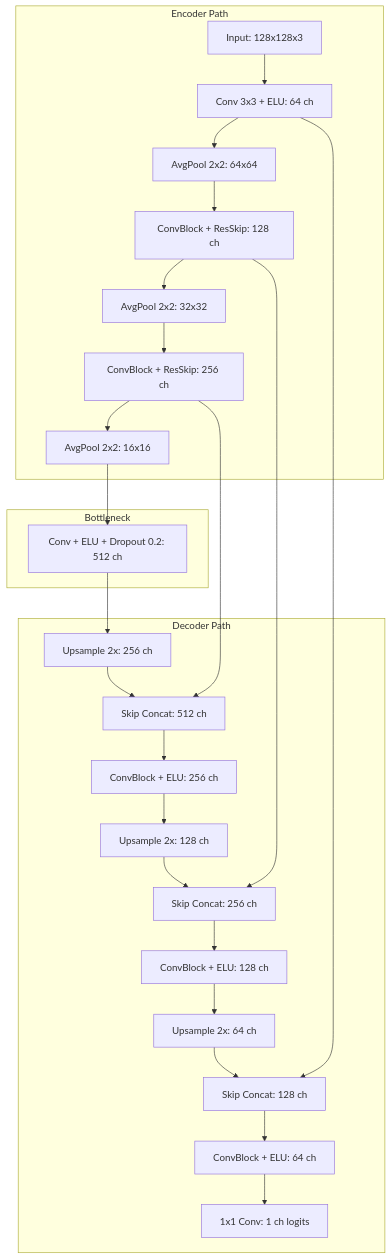
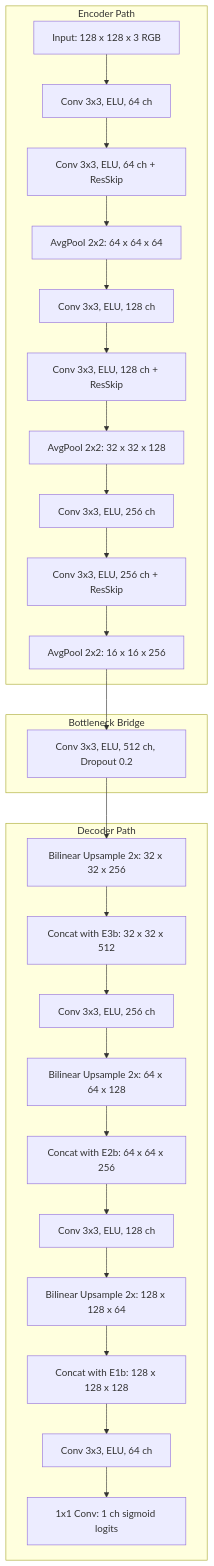
The second of 7 diagrams in elsevier/manuscript.md (Runtime-Slayers/RhizoWhisperer), drawn with Mermaid before and after one commit. The commit also changed other lines of this file and 7 other files, not shown here.

````diff
--- a/elsevier/manuscript.md
+++ b/elsevier/manuscript.md
@@ -102,26 +187,31 @@
 ```mermaid
 flowchart TD
-    subgraph Encoder ["Encoder Path"]
-        I["Input: 128x128x3"] --> E1["Conv 3x3 + ELU: 64 ch"]
-        E1 --> P1["AvgPool 2x2: 64x64"]
-        P1 --> E2["ConvBlock + ResSkip: 128 ch"]
-        E2 --> P2["AvgPool 2x2: 32x32"]
-        P2 --> E3["ConvBlock + ResSkip: 256 ch"]
-        E3 --> P3["AvgPool 2x2: 16x16"]
+    subgraph ENC ["Encoder Path"]
+        I["Input: 128 x 128 x 3 RGB"] --> E1["Conv 3x3, ELU, 64 ch"]
+        E1 --> E1b["Conv 3x3, ELU, 64 ch + ResSkip"]
+        E1b --> P1["AvgPool 2x2: 64 x 64 x 64"]
+        P1 --> E2["Conv 3x3, ELU, 128 ch"]
+        E2 --> E2b["Conv 3x3, ELU, 128 ch + ResSkip"]
+        E2b --> P2["AvgPool 2x2: 32 x 32 x 128"]
+        P2 --> E3["Conv 3x3, ELU, 256 ch"]
+        E3 --> E3b["Conv 3x3, ELU, 256 ch + ResSkip"]
+        E3b --> P3["AvgPool 2x2: 16 x 16 x 256"]
     end
-    subgraph Bridge ["Bottleneck"]
-        P3 --> BN["Conv + ELU + Dropout 0.2: 512 ch"]
+
+    subgraph BRIDGE ["Bottleneck Bridge"]
+        P3 --> BN["Conv 3x3, ELU, 512 ch, Dropout 0.2"]
     end
-    subgraph Decoder ["Decoder Path"]
-        BN --> U1["Upsample 2x: 256 ch"]
-        U1 & E3 --> S1["Skip Concat: 512 ch"]
-        S1 --> D1["ConvBlock + ELU: 256 ch"]
-        D1 --> U2["Upsample 2x: 128 ch"]
-        U2 & E2 --> S2["Skip Concat: 256 ch"]
-        S2 --> D2["ConvBlock + ELU: 128 ch"]
-        D2 --> U3["Upsample 2x: 64 ch"]
-        U3 & E1 --> S3["Skip Concat: 128 ch"]
-        S3 --> D3["ConvBlock + ELU: 64 ch"]
-        D3 --> OUT["1x1 Conv: 1 ch logits"]
+
+    subgraph DEC ["Decoder Path"]
+        BN --> U1["Bilinear Upsample 2x: 32 x 32 x 256"]
+        U1 --> S1["Concat with E3b: 32 x 32 x 512"]
+        S1 --> D1["Conv 3x3, ELU, 256 ch"]
+        D1 --> U2["Bilinear Upsample 2x: 64 x 64 x 128"]
+        U2 --> S2["Concat with E2b: 64 x 64 x 256"]
+        S2 --> D2["Conv 3x3, ELU, 128 ch"]
+        D2 --> U3["Bilinear Upsample 2x: 128 x 128 x 64"]
+        U3 --> S3["Concat with E1b: 128 x 128 x 128"]
+        S3 --> D3["Conv 3x3, ELU, 64 ch"]
+        D3 --> OUT["1x1 Conv: 1 ch sigmoid logits"]
     end
 ```
````
